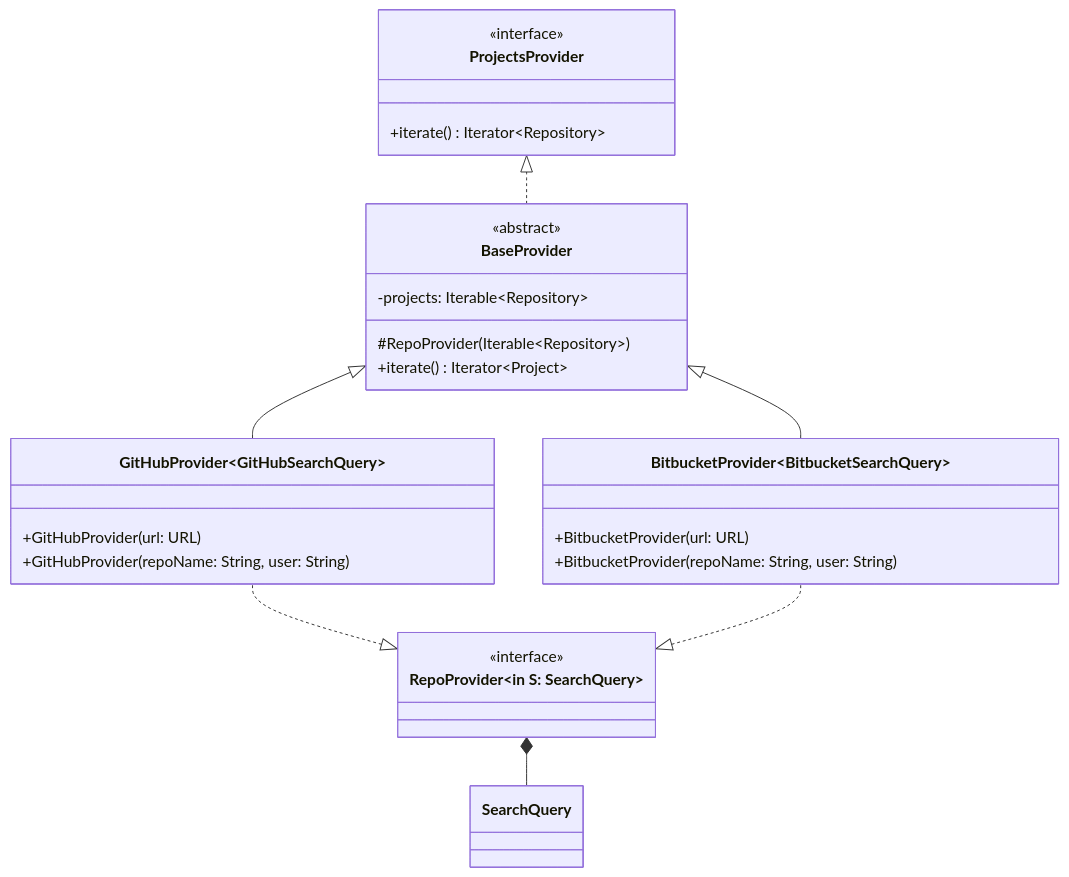
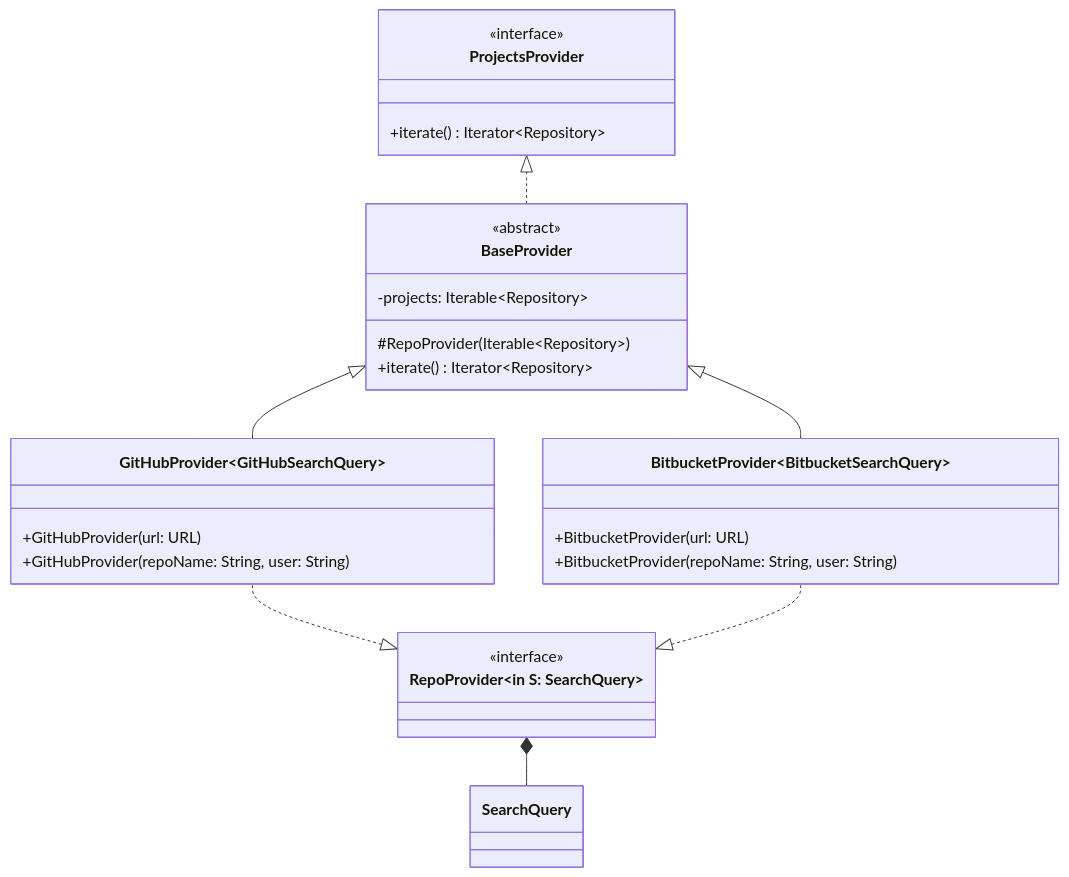
Before and after one commit to tassiLuca/code-plagiarism-detector-doc: the third of 8 diagrams in doc.md, drawn with Mermaid.

Commit message:
docs: change project to repository

````diff
--- a/doc.md
+++ b/doc.md
@@ -117,38 +117,38 @@
 ```mermaid
 classDiagram
     direction BT
 
     class ProjectsProvider {
         <<interface>>
         +iterate() Iterator~Repository~
     }
 
     class BaseProvider {
         <<abstract>>
         -projects: Iterable~Repository~
         #RepoProvider(Iterable~Repository~)
-        +iterate() Iterator~Project~
+        +iterate() Iterator~Repository~
     }
 
     class GitHubProvider~GitHubSearchQuery~ {
         +GitHubProvider(url: URL)
         +GitHubProvider(repoName: String, user: String)
     }
     class BitbucketProvider~BitbucketSearchQuery~ {
         +BitbucketProvider(url: URL)
         +BitbucketProvider(repoName: String, user: String)
     }
     BaseProvider ..|> ProjectsProvider
     GitHubProvider --|> BaseProvider
     BitbucketProvider --|> BaseProvider
 
     class RepoProvider~in S: SearchQuery~ {
         <<interface>>
     }
 
     RepoProvider <|.. GitHubProvider
     RepoProvider <|.. BitbucketProvider
 
     class SearchQuery
     SearchQuery --* RepoProvider
 ```
````
